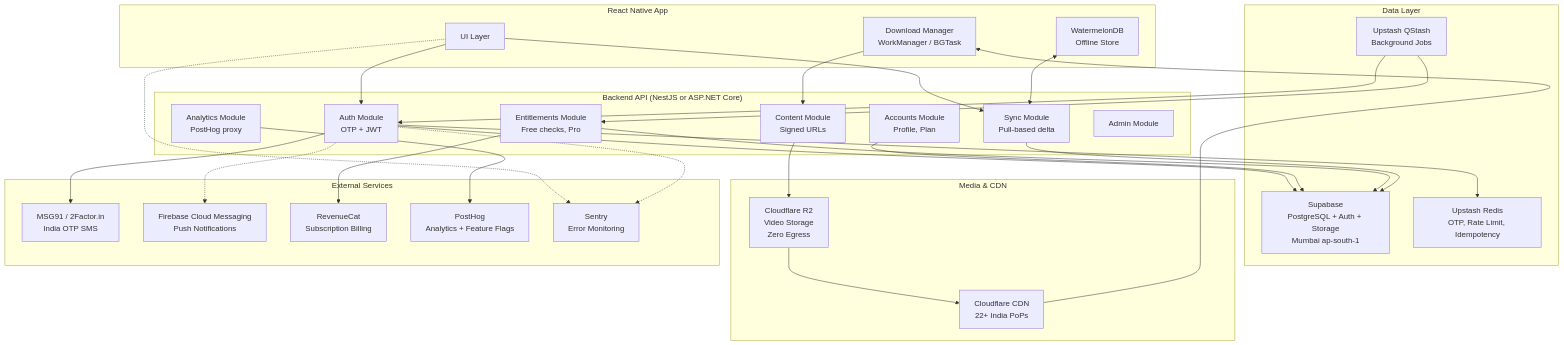
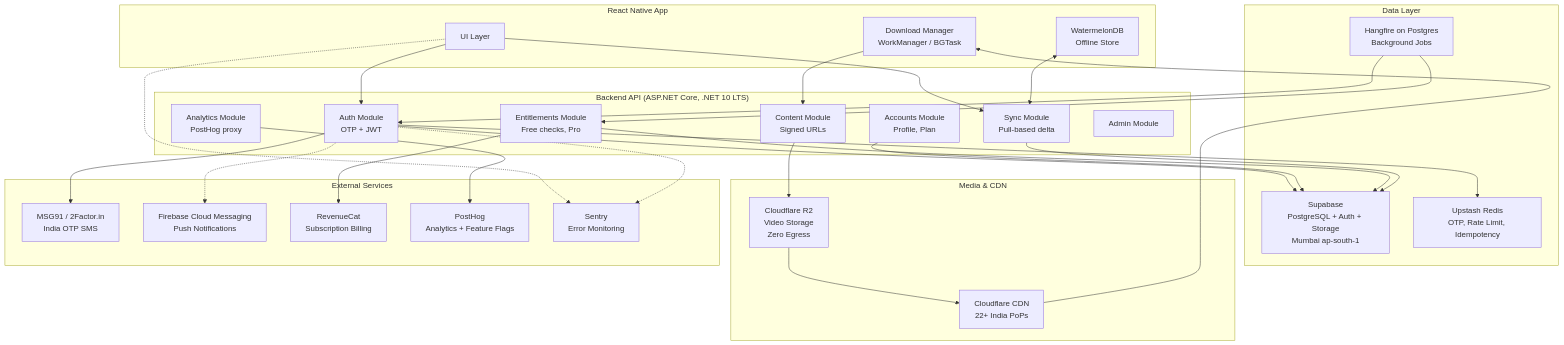
Before and after one commit to mr-nsin/casafit: the diagram in reports/CasaFit backend architecture options.md, drawn with Mermaid. The commit also changed other lines of this file and 13 other files, not shown here.

First line of the commit message:
Switch backend docs from NestJS to ASP.NET Core on .NET 10 LTS

````diff
--- a/reports/CasaFit backend architecture options.md
+++ b/reports/CasaFit backend architecture options.md
@@ -17,62 +17,62 @@
 ```mermaid
 graph TB
     subgraph "React Native App"
         UI[UI Layer]
         WMDB[WatermelonDB<br/>Offline Store]
         DM[Download Manager<br/>WorkManager / BGTask]
     end
 
-    subgraph "Backend API (NestJS or ASP.NET Core)"
+    subgraph "Backend API (ASP.NET Core, .NET 10 LTS)"
         AUTH[Auth Module<br/>OTP + JWT]
         ACCT[Accounts Module<br/>Profile, Plan]
         ENT[Entitlements Module<br/>Free checks, Pro]
         CONTENT[Content Module<br/>Signed URLs]
         SYNC[Sync Module<br/>Pull-based delta]
         ANALYTICS_MOD[Analytics Module<br/>PostHog proxy]
         ADMIN[Admin Module]
     end
 
     subgraph "Data Layer"
         SUPA[Supabase<br/>PostgreSQL + Auth + Storage<br/>Mumbai ap-south-1]
         REDIS[Upstash Redis<br/>OTP, Rate Limit, Idempotency]
-        QUEUE[Upstash QStash<br/>Background Jobs]
+        QUEUE[Hangfire on Postgres<br/>Background Jobs]
     end
 
     subgraph "Media & CDN"
         R2[Cloudflare R2<br/>Video Storage<br/>Zero Egress]
         CF_CDN[Cloudflare CDN<br/>22+ India PoPs]
     end
 
     subgraph "External Services"
         SMS[MSG91 / 2Factor.in<br/>India OTP SMS]
         FCM_SVC[Firebase Cloud Messaging<br/>Push Notifications]
         RC[RevenueCat<br/>Subscription Billing]
         PH[PostHog<br/>Analytics + Feature Flags]
         SENTRY[Sentry<br/>Error Monitoring]
     end
 
     UI --> AUTH
     UI --> SYNC
     WMDB <--> SYNC
     DM --> CONTENT
 
     AUTH --> SUPA
     AUTH --> REDIS
     AUTH --> SMS
     ACCT --> SUPA
     ENT --> SUPA
     ENT --> RC
     CONTENT --> R2
     SYNC --> SUPA
     ANALYTICS_MOD --> PH
 
     R2 --> CF_CDN
     CF_CDN --> DM
 
     AUTH -.-> FCM_SVC
     QUEUE --> AUTH
     QUEUE --> ENT
 
     UI -.-> SENTRY
     AUTH -.-> SENTRY
 ```
````
